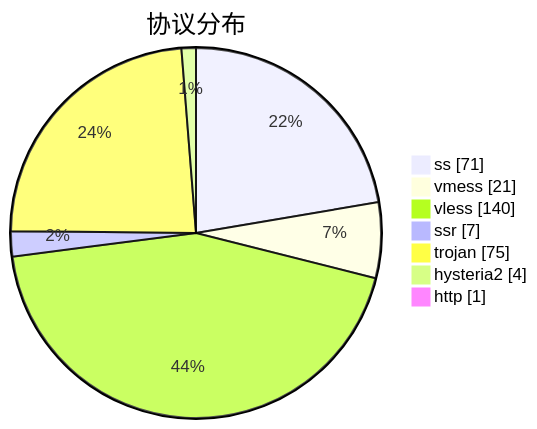
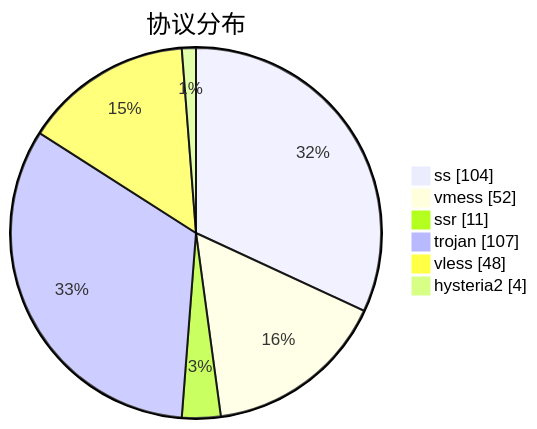
Before and after one commit to sinspired/airport: the third of 3 diagrams in subs/statistics/tested_within.md, drawn with Mermaid. The commit also changed other lines of this file and 2 other files, not shown here.

````diff
--- a/subs/statistics/tested_within.md
+++ b/subs/statistics/tested_within.md
@@ -54,11 +64,10 @@
 ```mermaid
 pie showData
 title 协议分布
-"ss" : 71
-"vmess" : 21
-"vless" : 140
-"ssr" : 7
-"trojan" : 75
+"ss" : 104
+"vmess" : 52
+"ssr" : 11
+"trojan" : 107
+"vless" : 48
 "hysteria2" : 4
-"http" : 1
 ```
````
